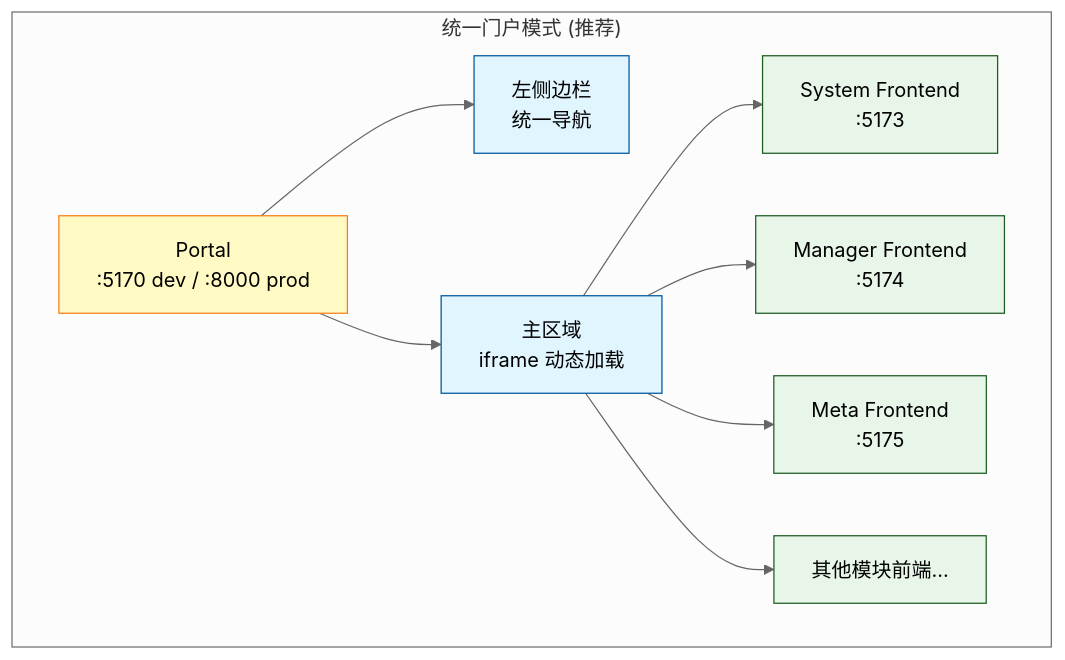
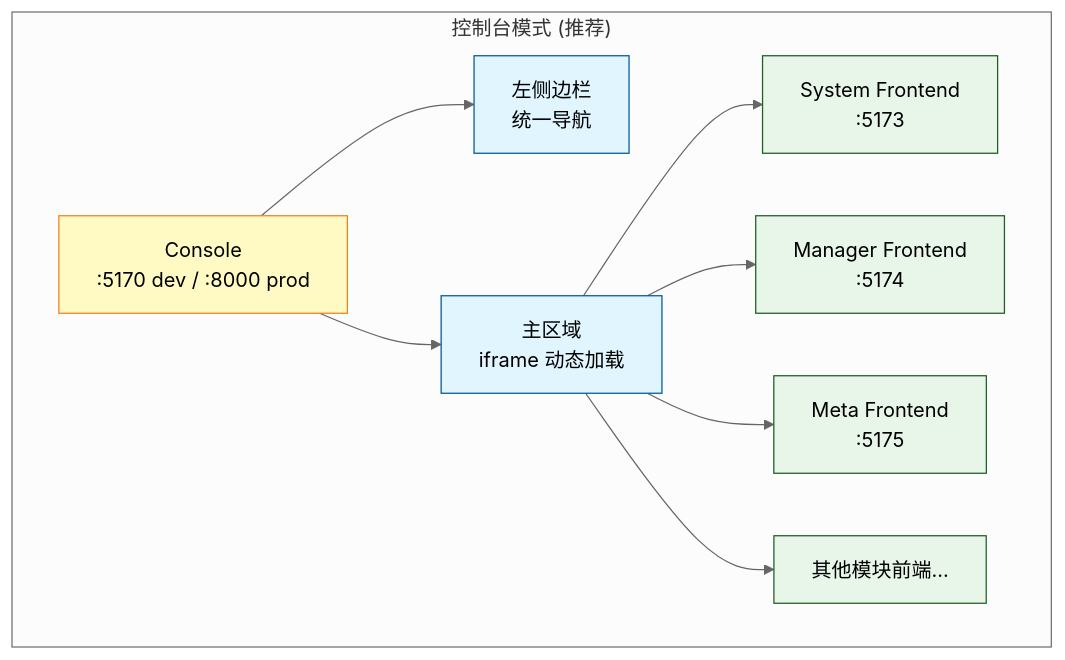
Before and after one commit to pampa0629/addp: the second of 2 diagrams in docs/concepts/addp登录认证的原理说明.md, drawn with Mermaid (neutral theme). The commit also changed other lines of this file and 253 other files, not shown here.

````diff
--- a/docs/concepts/addp登录认证的原理说明.md
+++ b/docs/concepts/addp登录认证的原理说明.md
@@ -240,20 +240,20 @@
 ```mermaid
 graph TB
-    subgraph "统一门户模式 (推荐)"
-        Portal[Portal<br/>:5170 dev / :8000 prod]
-        Portal --> Sidebar[左侧边栏<br/>统一导航]
-        Portal --> IframeArea[主区域<br/>iframe 动态加载]
+    subgraph "控制台模式 (推荐)"
+        Console[Console<br/>:5170 dev / :8000 prod]
+        Console --> Sidebar[左侧边栏<br/>统一导航]
+        Console --> IframeArea[主区域<br/>iframe 动态加载]
         IframeArea --> SystemFE[System Frontend<br/>:5173]
         IframeArea --> ManagerFE[Manager Frontend<br/>:5174]
         IframeArea --> MetaFE[Meta Frontend<br/>:5175]
         IframeArea --> OtherFE[其他模块前端...]
     end
 
-    classDef portal fill:#fff9c4,stroke:#f57f17
+    classDef console fill:#fff9c4,stroke:#f57f17
     classDef component fill:#e1f5ff,stroke:#01579b
     classDef frontend fill:#e8f5e9,stroke:#1b5e20
 
-    class Portal portal
+    class Console console
     class Sidebar,IframeArea component
     class SystemFE,ManagerFE,MetaFE,OtherFE frontend
 ```
````
